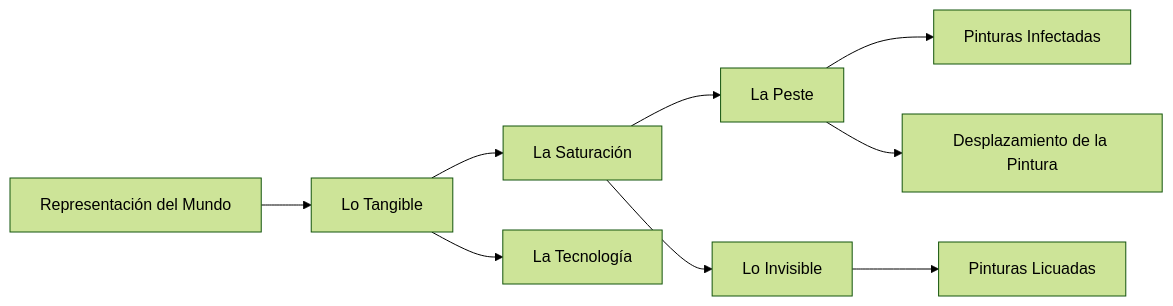
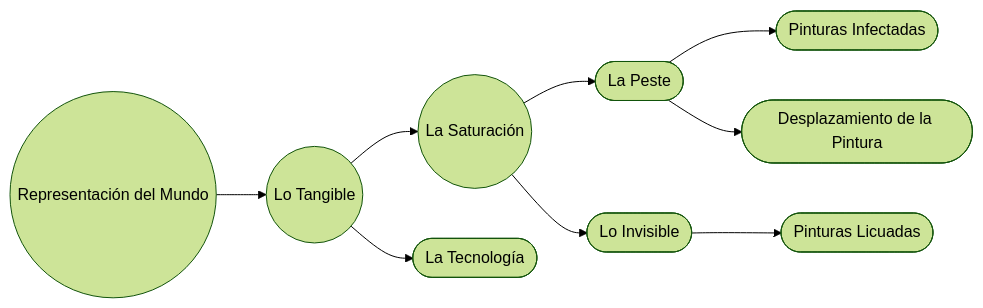
One commit to EGGS-Artesvisuales/EGGS-Artesvisuales.github.io changed the diagram in ES/saturacion.md. Above: the diagram before and after it, drawn with Mermaid (forest theme).

```diff
--- a/ES/saturacion.md
+++ b/ES/saturacion.md
@@ -36,31 +36,31 @@
 <div class="mermaid">
-graph LR
-  RM[Representación del Mundo]
-  LT[Lo Tangible]
-  LS[La Saturación]
-  LTec[La Tecnología]
-  LP[La Peste]
-  LI[Lo Invisible]
-  P[Pinturas Infectadas]
-  DP[Desplazamiento de la Pintura]
-  PL[Pinturas Licuadas]  
+flowchart LR
+  RM((Representación del Mundo))
+  LT((Lo Tangible))
+  LS((La Saturación))
+  LTec([La Tecnología])
+  LP([La Peste])
+  LI([Lo Invisible])
+  P([Pinturas Infectadas])
+  DP([Desplazamiento de la Pintura])
+  PL([Pinturas Licuadas])  
 
   RM --> LT
   LT --> LS
   LT --> LTec
   LS --> LP
   LS --> LI
   LP --> P
   LP --> DP
   LI --> PL          
 
   click RM "/ES/mundo-exterior.html" "Ir a Representación del Mundo"
   click LT "/ES/tangible.html" "Ir a Lo Tangible"
   click LS "/ES/saturacion.html" "Ir a La Saturación"
   click LTec "/ES/en-construccion.html" "Ir a La Tecnología"
   click LP "/ES/la-peste.html" "Ir a La Peste"
   click LI "/ES/lo-invisible.html" "Ir a Lo Invisible"
   click P "/ES/peste-pinturas-infectadas.html" "Ir a Pinturas Infectadas"
   click DP "/ES/desplazamiento-pintura.html" "Ir a Desplazamiento de la Pintura"
   click PL "/ES/pinturas-licuadas.html" "Ir a Pinturas Licuadas"
 </div>
```
